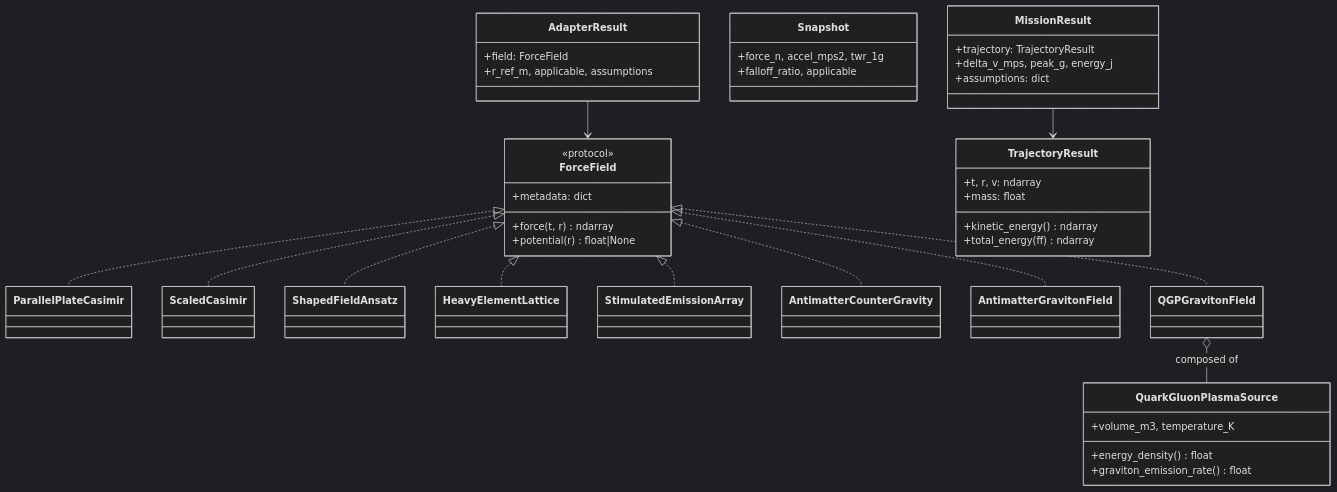
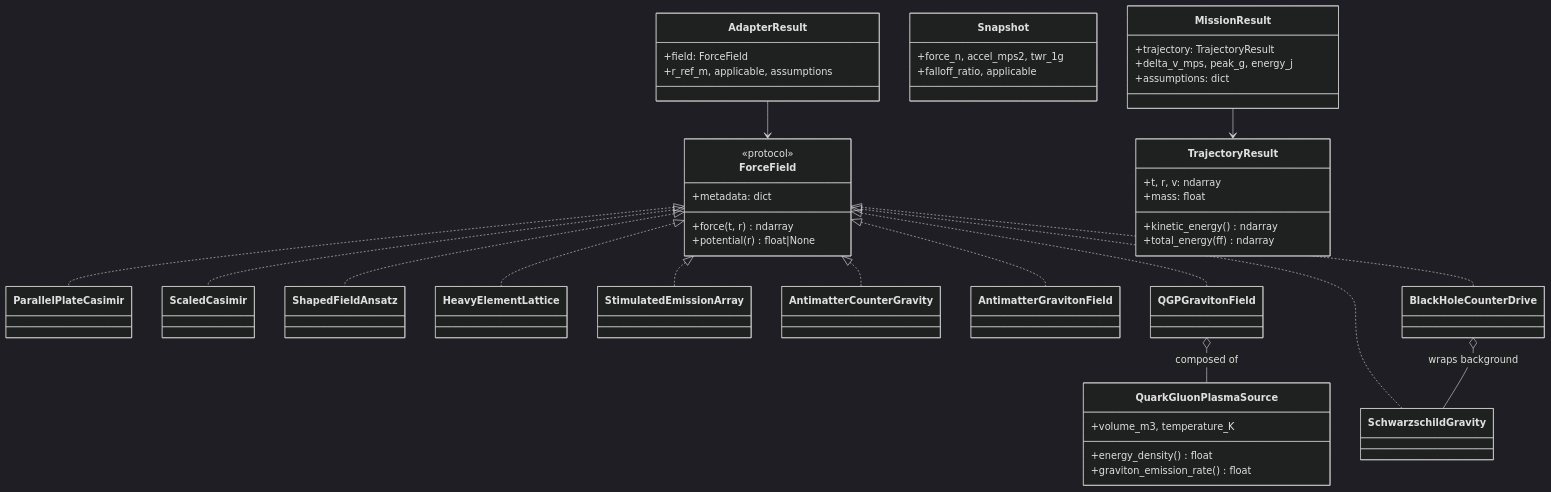
The second of 6 diagrams in README.md (sonoransun/usetheforceluke), drawn with Mermaid (dark theme) before and after one commit. The commit also changed other lines of this file and 23 other files, not shown here.

````diff
--- a/README.md
+++ b/README.md
@@ -57,54 +62,59 @@
 ```mermaid
 classDiagram
     class ForceField {
         <<protocol>>
         +metadata: dict
         +force(t, r) ndarray
         +potential(r) float|None
     }
     class ParallelPlateCasimir
     class ScaledCasimir
     class ShapedFieldAnsatz
     class HeavyElementLattice
     class StimulatedEmissionArray
     class AntimatterCounterGravity
     class AntimatterGravitonField
     class QGPGravitonField
+    class SchwarzschildGravity
+    class BlackHoleCounterDrive
     ForceField <|.. ParallelPlateCasimir
     ForceField <|.. ScaledCasimir
     ForceField <|.. ShapedFieldAnsatz
     ForceField <|.. HeavyElementLattice
     ForceField <|.. StimulatedEmissionArray
     ForceField <|.. AntimatterCounterGravity
     ForceField <|.. AntimatterGravitonField
     ForceField <|.. QGPGravitonField
+    ForceField <|.. SchwarzschildGravity
+    ForceField <|.. BlackHoleCounterDrive
 
     class QuarkGluonPlasmaSource {
         +volume_m3, temperature_K
         +energy_density() float
         +graviton_emission_rate() float
     }
     QGPGravitonField o-- QuarkGluonPlasmaSource : composed of
+    BlackHoleCounterDrive o-- SchwarzschildGravity : wraps background
 
     class TrajectoryResult {
         +t, r, v: ndarray
         +mass: float
         +kinetic_energy() ndarray
         +total_energy(ff) ndarray
     }
     class AdapterResult {
         +field: ForceField
         +r_ref_m, applicable, assumptions
     }
     class Snapshot {
         +force_n, accel_mps2, twr_1g
         +falloff_ratio, applicable
     }
     class MissionResult {
         +trajectory: TrajectoryResult
         +delta_v_mps, peak_g, energy_j
         +assumptions: dict
     }
     AdapterResult --> ForceField
     MissionResult --> TrajectoryResult
 ```
````
